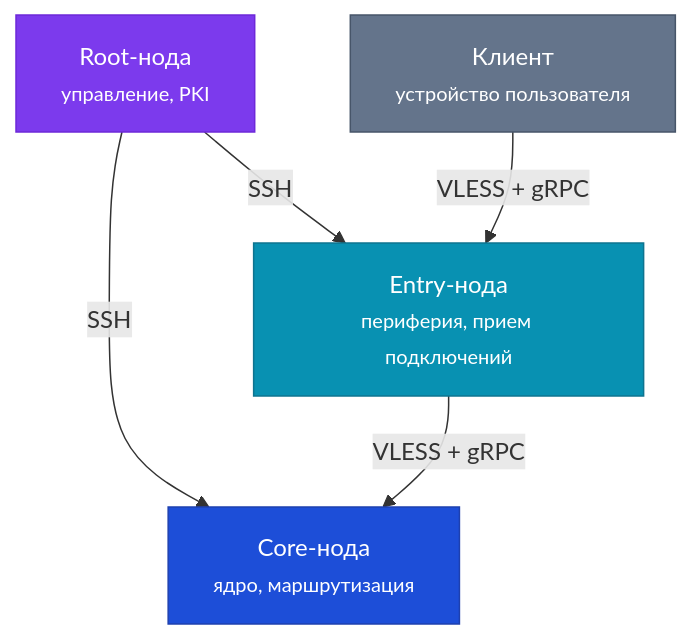
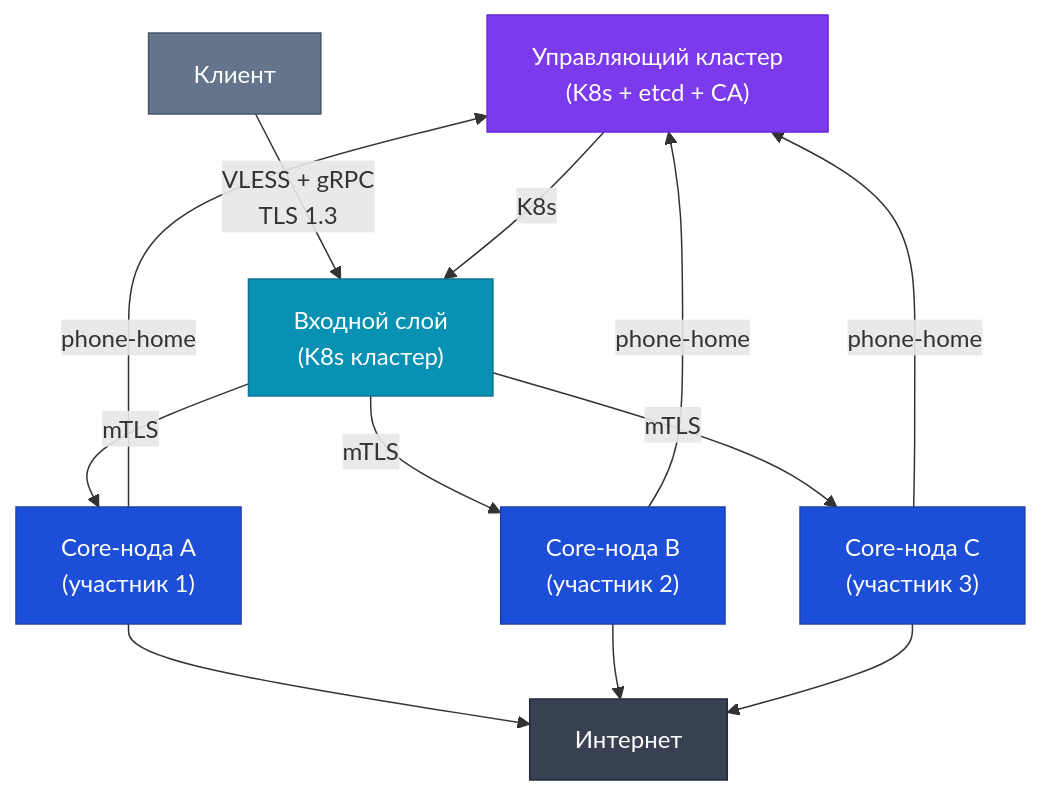
The diagram in content/docs/architecture/overview.md (SigilGate/SigilGate.github.io), drawn with Mermaid before and after one commit. The commit also changed other lines of this file and 27 other files, not shown here.

```diff
--- a/content/docs/architecture/overview.md
+++ b/content/docs/architecture/overview.md
@@ -33,17 +21,31 @@
 {{< mermaid >}}
 graph TD
-    Root["Root-нода<br/><small>управление, PKI</small>"]
-    Core["Core-нода<br/><small>ядро, маршрутизация</small>"]
-    Entry["Entry-нода<br/><small>периферия, прием подключений</small>"]
-    Client["Клиент<br/><small>устройство пользователя</small>"]
+    Mgmt["Управляющий кластер\n(K8s + etcd + CA)"]
+    Entry["Входной слой\n(K8s кластер)"]
+    Core1["Core-нода A\n(участник 1)"]
+    Core2["Core-нода B\n(участник 2)"]
+    Core3["Core-нода C\n(участник 3)"]
+    Client["Клиент"]
+    Internet["Интернет"]
 
-    Root -->|"SSH"| Core
-    Root -->|"SSH"| Entry
-    Client -->|"VLESS + gRPC"| Entry
-    Entry -->|"VLESS + gRPC"| Core
+    Client -->|"VLESS + gRPC\nTLS 1.3"| Entry
+    Entry -->|"mTLS"| Core1
+    Entry -->|"mTLS"| Core2
+    Entry -->|"mTLS"| Core3
+    Core1 --> Internet
+    Core2 --> Internet
+    Core3 --> Internet
 
-    style Root fill:#7c3aed,color:#fff,stroke:#6d28d9
-    style Core fill:#1d4ed8,color:#fff,stroke:#1e40af
+    Mgmt -->|"K8s"| Entry
+    Core1 -->|"phone-home"| Mgmt
+    Core2 -->|"phone-home"| Mgmt
+    Core3 -->|"phone-home"| Mgmt
+
+    style Mgmt fill:#7c3aed,color:#fff,stroke:#6d28d9
     style Entry fill:#0891b2,color:#fff,stroke:#0e7490
+    style Core1 fill:#1d4ed8,color:#fff,stroke:#1e40af
+    style Core2 fill:#1d4ed8,color:#fff,stroke:#1e40af
+    style Core3 fill:#1d4ed8,color:#fff,stroke:#1e40af
     style Client fill:#64748b,color:#fff,stroke:#475569
+    style Internet fill:#374151,color:#fff,stroke:#1f2937
 {{< /mermaid >}}
```
